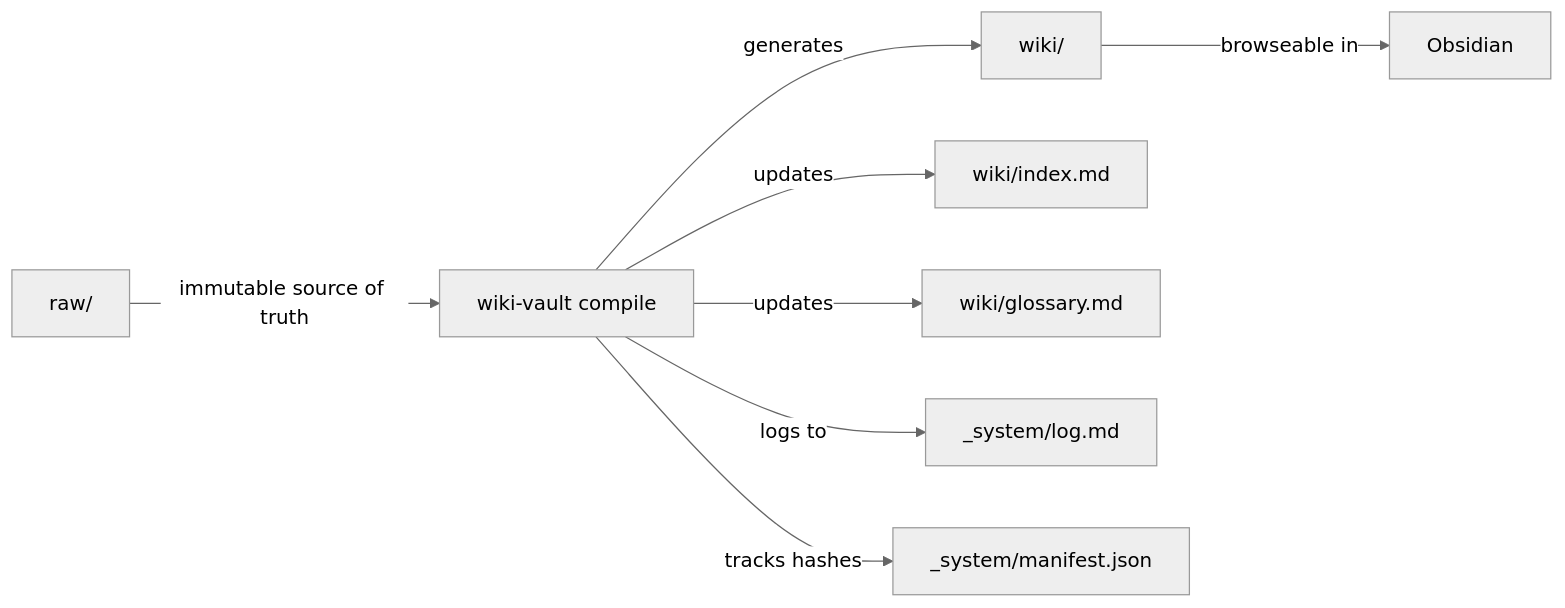
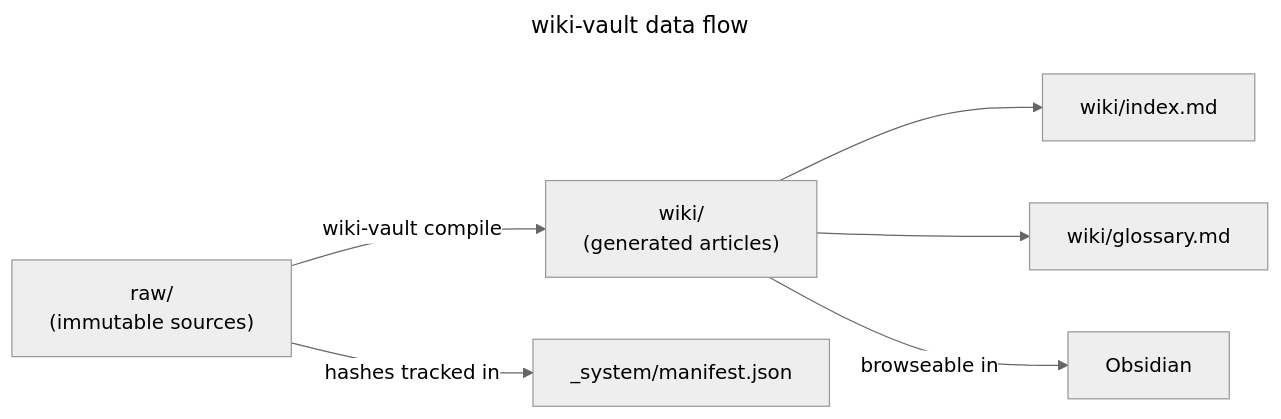
Before and after one commit to ConsultingFuture4200/wiki-vault: the diagram in README.md, drawn with Mermaid (neutral theme). The commit also changed other lines of this file, not shown here.

Commit message:
docs: upgrade README with badges, architecture diagram, and structured layout

````diff
--- a/README.md
+++ b/README.md
@@ -24,10 +115,11 @@
 ```mermaid
-graph LR
-    R[raw/] -->|immutable source of truth| C[wiki-vault compile]
-    C -->|generates| W[wiki/]
-    C -->|updates| I[wiki/index.md]
-    C -->|updates| G[wiki/glossary.md]
-    C -->|logs to| L[_system/log.md]
-    C -->|tracks hashes| M[_system/manifest.json]
-    W -->|browseable in| O[Obsidian]
+---
+title: wiki-vault data flow
+---
+flowchart LR
+    R["raw/\n(immutable sources)"] -->|wiki-vault compile| W["wiki/\n(generated articles)"]
+    W --> I["wiki/index.md"]
+    W --> G["wiki/glossary.md"]
+    R -->|hashes tracked in| M["_system/manifest.json"]
+    W -->|browseable in| O["Obsidian"]
 ```
````
